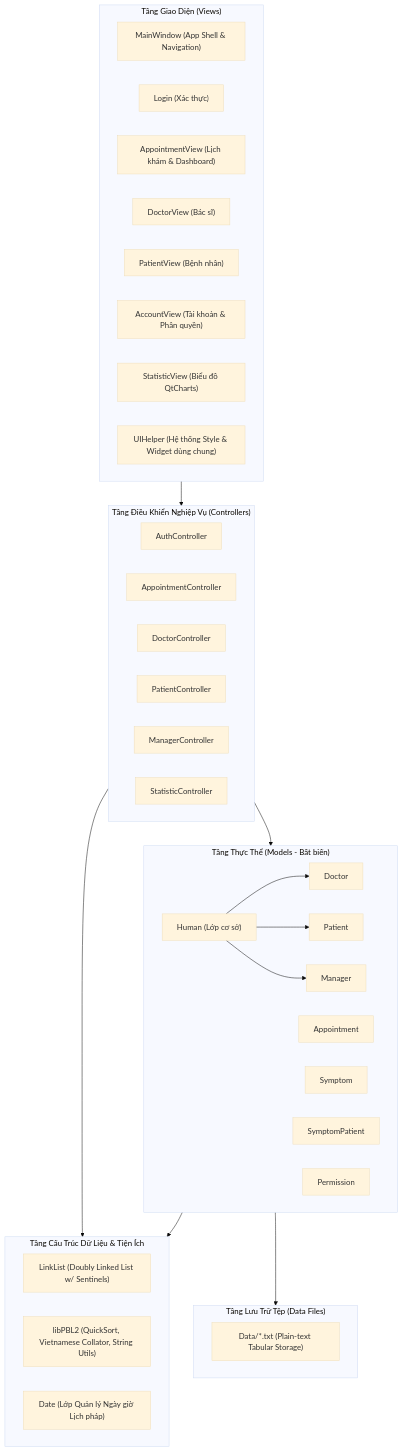
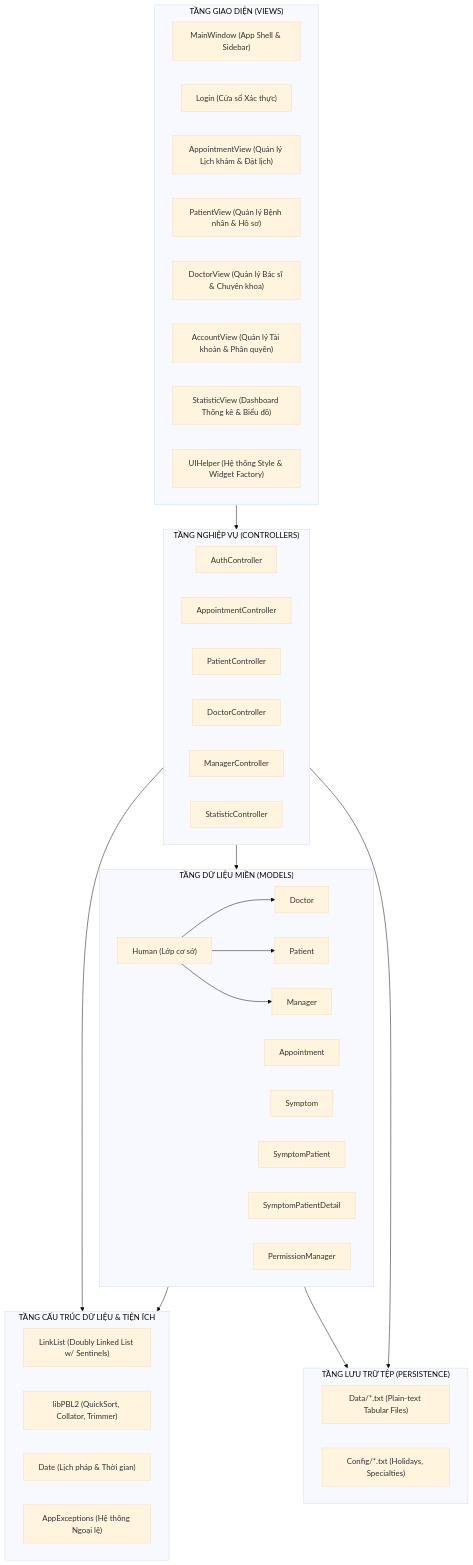
The diagram in README.md (LeHuuHoang-26/PBL_2), drawn with Mermaid (base theme) before and after one commit. The commit also changed other lines of this file and 48 other files, not shown here.

````diff
--- a/README.md
+++ b/README.md
@@ -29,52 +36,56 @@
 ```mermaid
 flowchart TD
-    subgraph ViewLayer["Tầng Giao Diện (Views)"]
-        UI["MainWindow (App Shell & Navigation)"]
-        LoginView["Login (Xác thực)"]
-        ApptView["AppointmentView (Lịch khám & Dashboard)"]
-        DocView["DoctorView (Bác sĩ)"]
-        PatView["PatientView (Bệnh nhân)"]
-        AccView["AccountView (Tài khoản & Phân quyền)"]
-        StatView["StatisticView (Biểu đồ QtCharts)"]
-        UIHelper["UIHelper (Hệ thống Style & Widget dùng chung)"]
+    subgraph UI_Layer["TẦNG GIAO DIỆN (VIEWS)"]
+        MW["MainWindow (App Shell & Sidebar)"]
+        LoginV["Login (Cửa sổ Xác thực)"]
+        ApptV["AppointmentView (Quản lý Lịch khám & Đặt lịch)"]
+        PatV["PatientView (Quản lý Bệnh nhân & Hồ sơ)"]
+        DocV["DoctorView (Quản lý Bác sĩ & Chuyên khoa)"]
+        AccV["AccountView (Quản lý Tài khoản & Phân quyền)"]
+        StatV["StatisticView (Dashboard Thống kê & Biểu đồ)"]
+        UIH["UIHelper (Hệ thống Style & Widget Factory)"]
     end
 
-    subgraph ControllerLayer["Tầng Điều Khiển Nghiệp Vụ (Controllers)"]
+    subgraph Controller_Layer["TẦNG NGHIỆP VỤ (CONTROLLERS)"]
         AuthCtrl["AuthController"]
         ApptCtrl["AppointmentController"]
+        PatCtrl["PatientController"]
         DocCtrl["DoctorController"]
-        PatCtrl["PatientController"]
         MgrCtrl["ManagerController"]
         StatCtrl["StatisticController"]
     end
 
-    subgraph CoreLayer["Tầng Cấu Trúc Dữ Liệu & Tiện Ích"]
-        LL["LinkList<T> (Doubly Linked List w/ Sentinels)"]
-        LP["libPBL2 (QuickSort, Vietnamese Collator, String Utils)"]
-        DateUtil["Date (Lớp Quản lý Ngày giờ Lịch pháp)"]
-    end
-
-    subgraph ModelLayer["Tầng Thực Thể (Models - Bất biến)"]
+    subgraph Model_Layer["TẦNG DỮ LIỆU MIỀN (MODELS)"]
         Human["Human (Lớp cơ sở)"]
         Doctor["Doctor"]
         Patient["Patient"]
         Manager["Manager"]
-        Appointment["Appointment"]
+        Appt["Appointment"]
         Symptom["Symptom"]
-        SymptomPatient["SymptomPatient"]
-        Permission["Permission"]
+        SP["SymptomPatient"]
+        SPD["SymptomPatientDetail"]
+        PM["PermissionManager"]
     end
 
-    subgraph PersistenceLayer["Tầng Lưu Trữ Tệp (Data Files)"]
-        DataFiles["Data/*.txt (Plain-text Tabular Storage)"]
+    subgraph Core_Layer["TẦNG CẤU TRÚC DỮ LIỆU & TIỆN ÍCH"]
+        LL["LinkList<T> (Doubly Linked List w/ Sentinels)"]
+        LP["libPBL2 (QuickSort, Collator, Trimmer)"]
+        DateCls["Date (Lịch pháp & Thời gian)"]
+        Exc["AppExceptions (Hệ thống Ngoại lệ)"]
     end
 
-    ViewLayer --> ControllerLayer
-    ControllerLayer --> CoreLayer
-    ControllerLayer --> ModelLayer
-    ModelLayer --> CoreLayer
-    ModelLayer --> PersistenceLayer
+    subgraph Storage_Layer["TẦNG LƯU TRỮ TỆP (PERSISTENCE)"]
+        Files["Data/*.txt (Plain-text Tabular Files)"]
+        Config["Config/*.txt (Holidays, Specialties)"]
+    end
+
+    UI_Layer --> Controller_Layer
+    Controller_Layer --> Model_Layer
+    Controller_Layer --> Core_Layer
+    Model_Layer --> Core_Layer
+    Model_Layer --> Storage_Layer
+    Controller_Layer --> Storage_Layer
     Human --> Doctor
     Human --> Patient
     Human --> Manager
 ```
````
